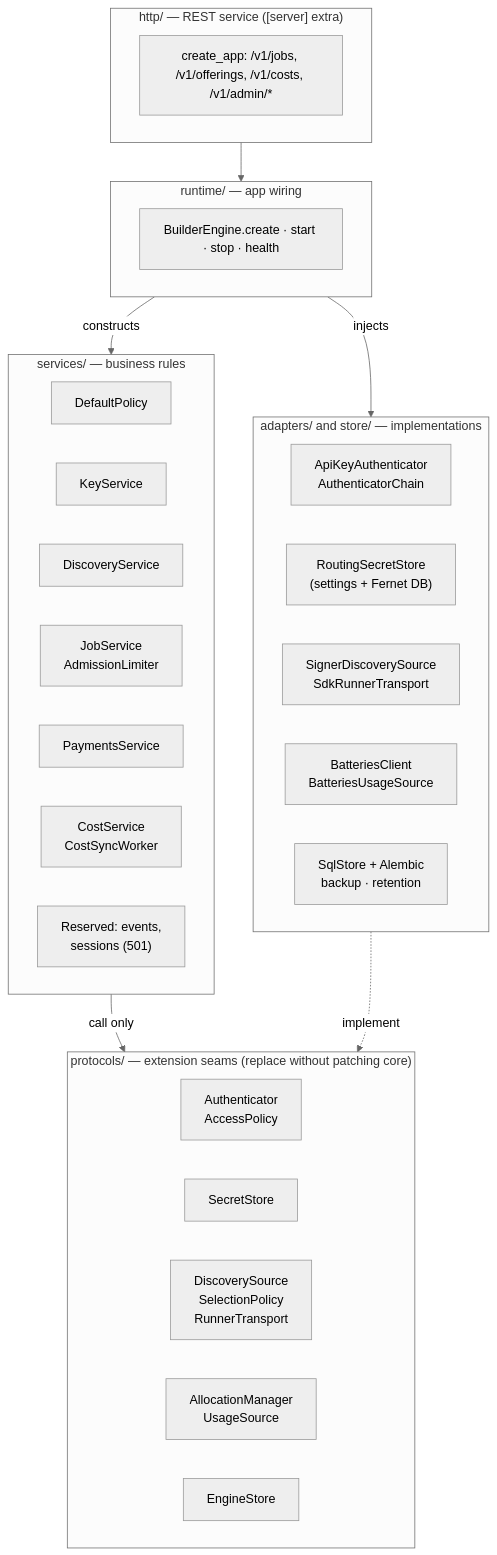
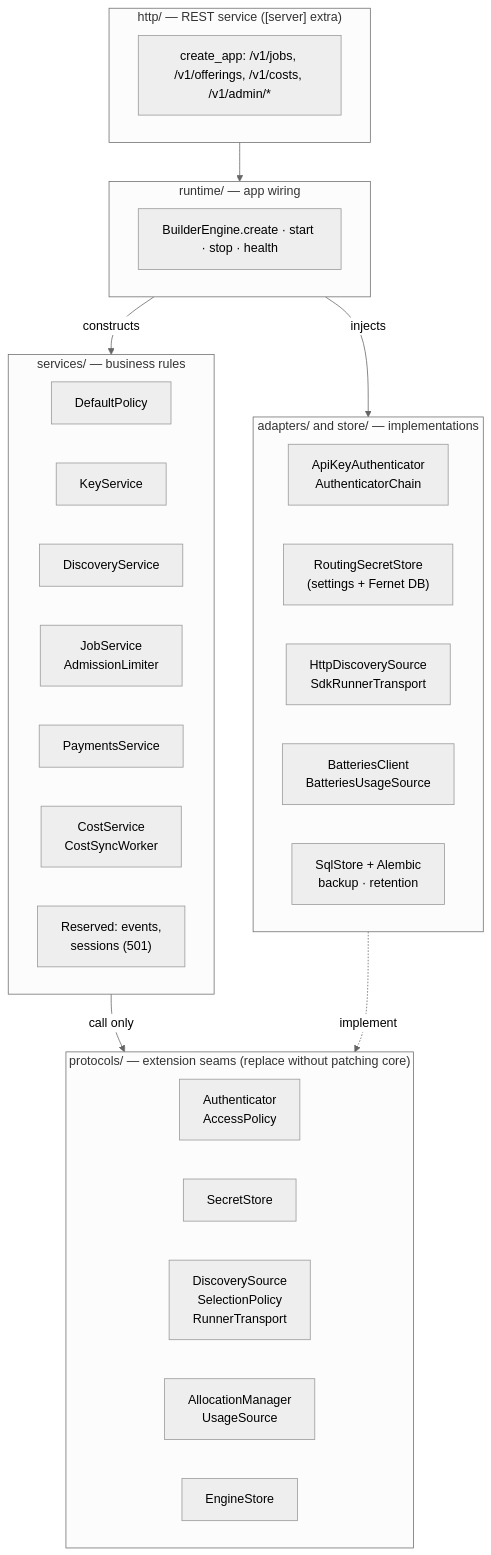
Before and after one commit to NE-Build-Track/livepeer-builder-core: the second of 12 diagrams in docs/design-docs/architecture-diagrams.md, drawn with Mermaid (neutral theme). The commit also changed other lines of this file and 19 other files, not shown here.

````diff
--- a/docs/design-docs/architecture-diagrams.md
+++ b/docs/design-docs/architecture-diagrams.md
@@ -58,40 +62,40 @@
 ```mermaid
 flowchart TB
     subgraph UI["http/ — REST service ([server] extra)"]
         Routes["create_app: /v1/jobs, /v1/offerings, /v1/costs, /v1/admin/*"]
     end
     subgraph Wiring["runtime/ — app wiring"]
         BE["BuilderEngine.create · start · stop · health"]
     end
     subgraph Services["services/ — business rules"]
         direction LR
         Policy["DefaultPolicy"]
         Keys["KeyService"]
         Disc["DiscoveryService"]
         Jobs["JobService<br/>AdmissionLimiter"]
         Pay["PaymentsService"]
         Costs["CostService<br/>CostSyncWorker"]
         Res["Reserved: events,<br/>sessions (501)"]
     end
     subgraph Protocols["protocols/ — extension seams (replace without patching core)"]
         direction LR
         PAuth["Authenticator<br/>AccessPolicy"]
         PSec["SecretStore"]
         PNet["DiscoverySource<br/>SelectionPolicy<br/>RunnerTransport"]
         PPay["AllocationManager<br/>UsageSource"]
         PStore["EngineStore"]
     end
     subgraph Impl["adapters/ and store/ — implementations"]
         direction LR
         AAuth["ApiKeyAuthenticator<br/>AuthenticatorChain"]
         ASec["RoutingSecretStore<br/>(settings + Fernet DB)"]
-        ASdk["SignerDiscoverySource<br/>SdkRunnerTransport"]
+        ASdk["HttpDiscoverySource<br/>SdkRunnerTransport"]
         ABat["BatteriesClient<br/>BatteriesUsageSource"]
         SQL["SqlStore + Alembic<br/>backup · retention"]
     end
     UI --> Wiring
     Wiring -->|"constructs"| Services
     Wiring -->|"injects"| Impl
     Services -->|"call only"| Protocols
     Impl -.->|"implement"| Protocols
 ```
````
